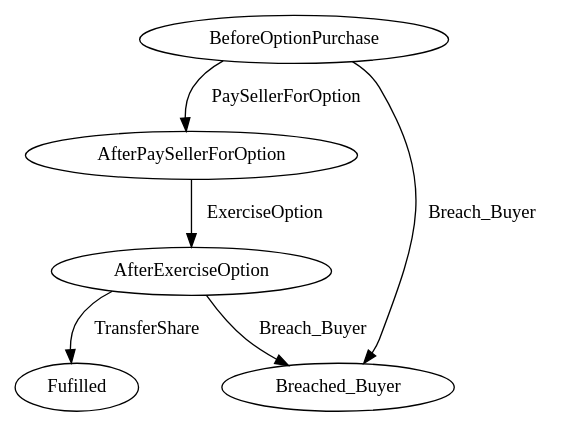
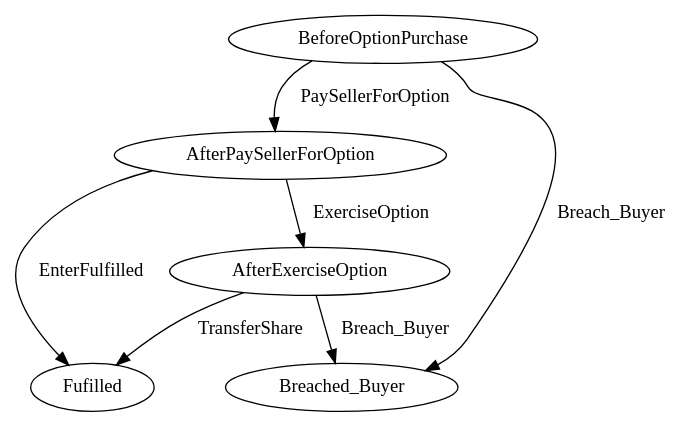
One commit to Marcao02/complaw-deeptech changed the diagram in linear_state_machine_language/pyL4/examples/out_graphviz/from_academic_lit/Farmer_american_call_option_2016.dot. Above: the diagram before and after it, drawn with Graphviz. The commit also changed 8 other files, not shown here.

```diff
--- a/linear_state_machine_language/pyL4/examples/out_graphviz/from_academic_lit/Farmer_american_call_option_2016.dot
+++ b/linear_state_machine_language/pyL4/examples/out_graphviz/from_academic_lit/Farmer_american_call_option_2016.dot
@@ -1,21 +1,22 @@
 // THIS IS A GENERATED FILE. DO NOT EDIT.
 
 digraph Farmer_American_call_option_from_A_Formal_Language_for_Writing_Contracts_2016 {    
     Fulfilled[label=Fufilled];
     BeforeOptionPurchase[label=BeforeOptionPurchase]
         
     
          
     
     
     
     
     BeforeOptionPurchase -> AfterPaySellerForOption [label=PaySellerForOption];
 	BeforeOptionPurchase -> Breached_Buyer [label=Breach_Buyer];
 	AfterPaySellerForOption -> AfterExerciseOption [label=ExerciseOption];
+	AfterPaySellerForOption -> Fulfilled [label=EnterFulfilled];
 	AfterExerciseOption -> Fulfilled [label=TransferShare];
 	AfterExerciseOption -> Breached_Buyer [label=Breach_Buyer];
 	     
     
        
 }
```
